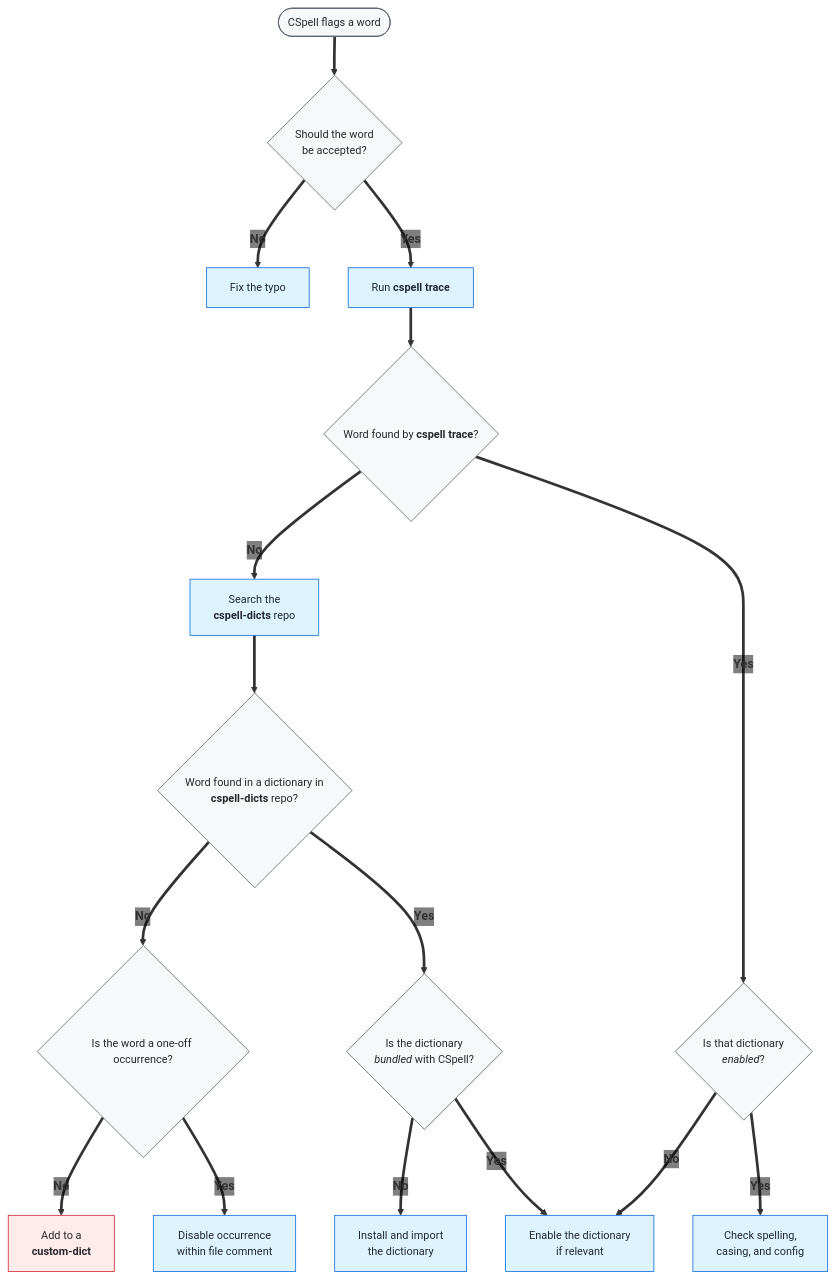
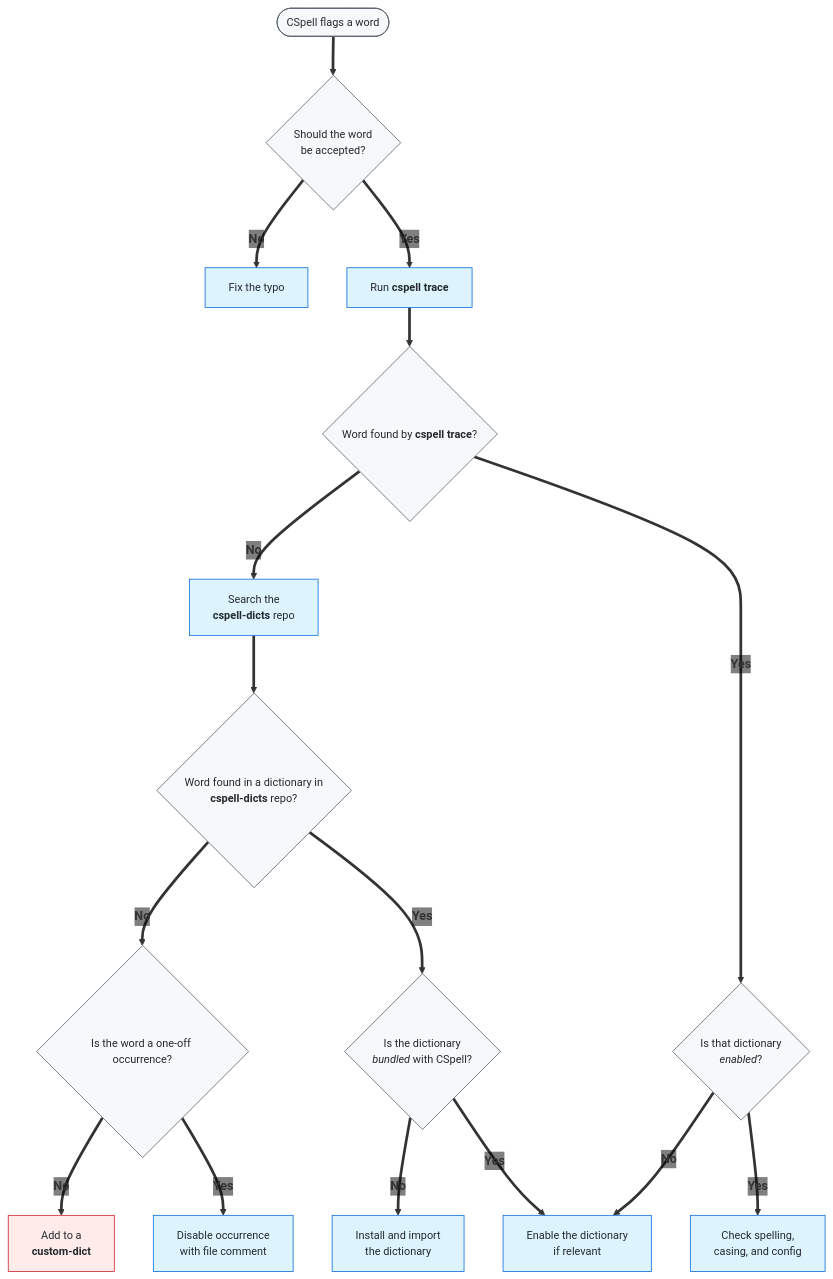
The diagram in .config/cspell/README.md (ScilifelabDataCentre/data.scilifelab.se), drawn with Mermaid before and after one commit.

Commit message:
with file comment

````diff
--- a/.config/cspell/README.md
+++ b/.config/cspell/README.md
@@ -148,39 +148,39 @@
 ```mermaid
 ---
 config:
   themeVariables:
     edgeLabelBackground: transparent
 ---
 flowchart TD
     A([CSpell flags a word]) ==> B{Should the word<br/>be accepted?}
 
     B ==>|"`**No**`"| C[Fix the typo]
     B ==>|"`**Yes**`"| D["`Run **cspell trace**`"]
 
     D ==> E{"`Word found by **cspell trace**?`"}
 
     E ==>|"`**No**`"| I["`Search the <br/> **cspell-dicts** repo`"]
     E ==>|"`**Yes**`"| F{"`Is that dictionary<br/>_enabled_?`"}
 
     F ==>|"`**No**`"| H[Enable the dictionary<br/>if relevant]
     F ==>|"`**Yes**`"| G[Check spelling,<br/>casing, and config]
 
     I ==> J{"`Word found in a dictionary in <br/> **cspell-dicts** repo?`"}
 
     J ==>|"`**No**`"| N{"`Is the word a one-off occurrence?`"}
     J ==>|"`**Yes**`"| K{"`Is the dictionary<br/>_bundled_ with CSpell?`"}
 
     N ==>|"`**No**`"| M["`Add to a <br/> **custom-dict**`"]
-    N ==>|"`**Yes**`"| O["`Disable occurrence <br/> within file comment`"]
+    N ==>|"`**Yes**`"| O["`Disable occurrence <br/> with file comment`"]
 
     K ==>|"`**No**`"| L[Install and import<br/>the dictionary]
     K ==>|"`**Yes**`"| H
 
     classDef neutral fill:#f6f8fa,stroke:#57606a,color:#24292f,font-size:14px;
     classDef do fill:#ddf4ff,stroke:#0969da,color:#24292f,font-size:14px;
     classDef fallback fill:#ffebe9,stroke:#cf222e,color:#24292f,font-size:14px;
 
     class A,B,E,F,J,K,N neutral;
     class C,D,G,H,I,L,O do;
     class M fallback;
 ```
````
